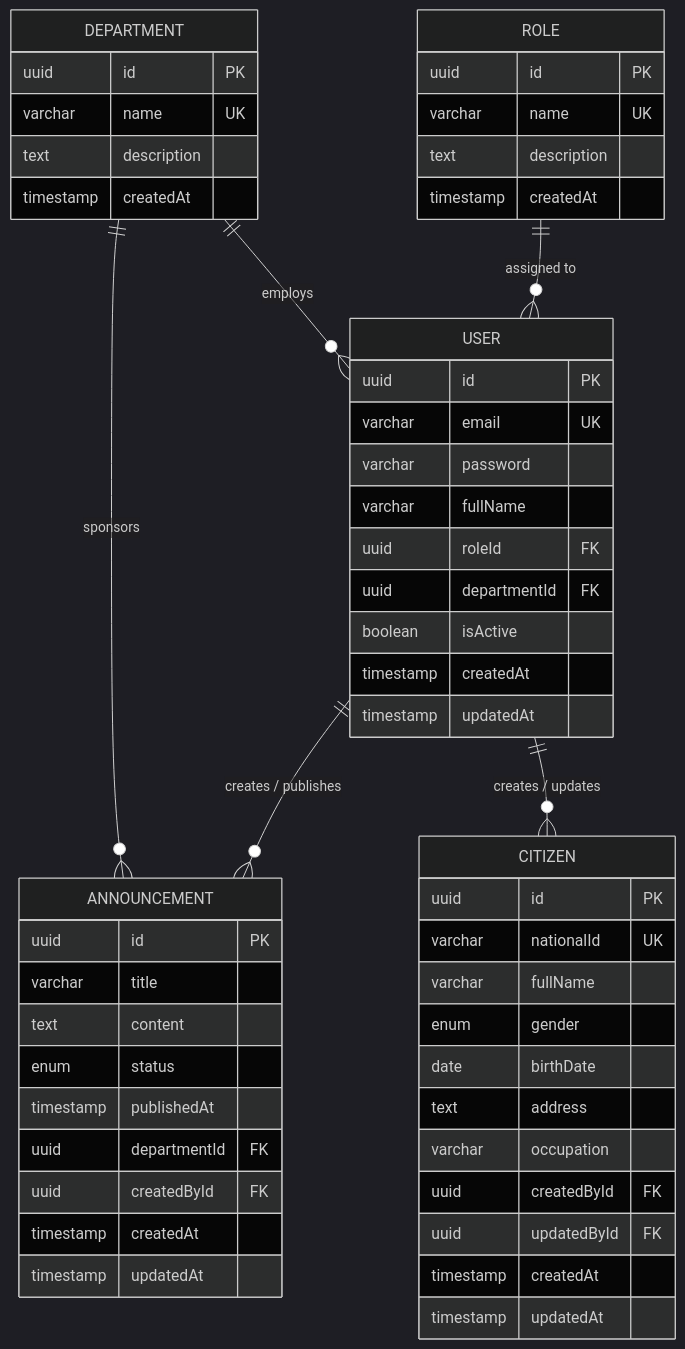
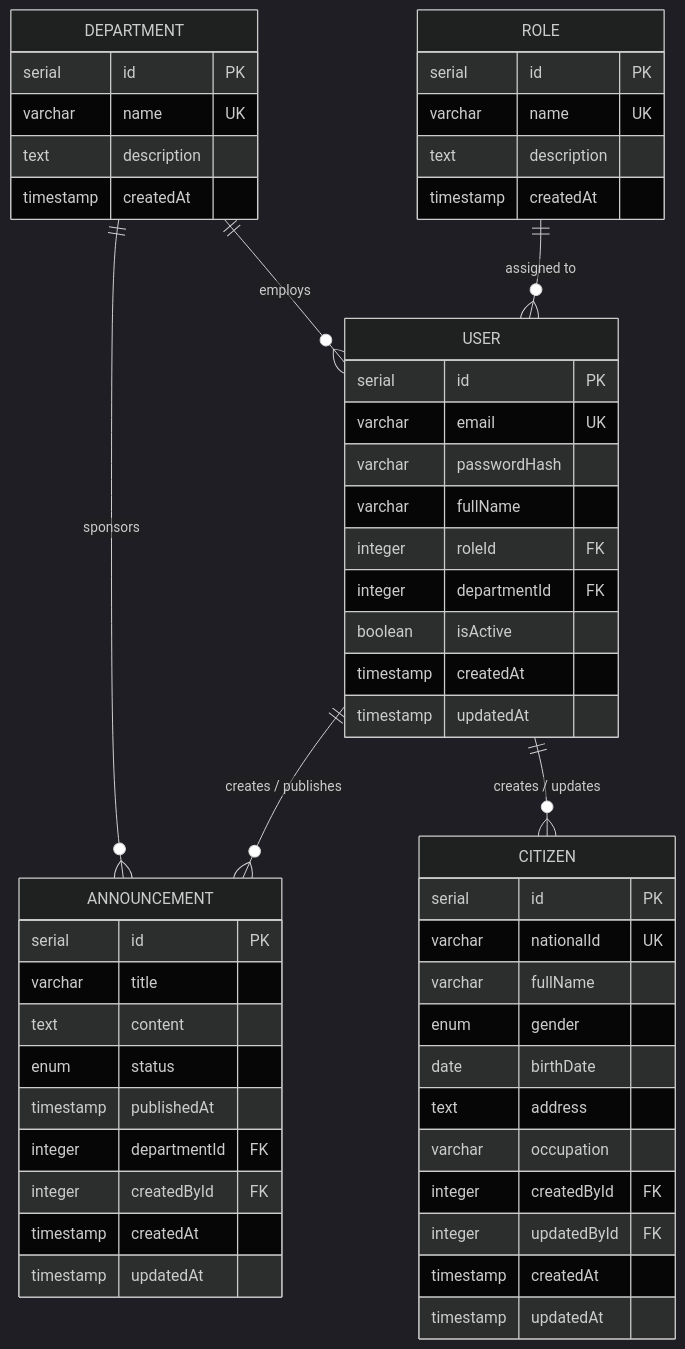
The diagram in docs/database.md (FakhriF/civic-os), drawn with Mermaid (dark theme) before and after one commit. The commit also changed other lines of this file and 11 other files, not shown here.

Commit message:
feat(db): update database schema, indexes, and soft-delete ADR

````diff
--- a/docs/database.md
+++ b/docs/database.md
@@ -11,60 +11,60 @@
 ```mermaid
 erDiagram
     ROLE ||--o{ USER : "assigned to"
     DEPARTMENT ||--o{ USER : "employs"
     USER ||--o{ ANNOUNCEMENT : "creates / publishes"
     USER ||--o{ CITIZEN : "creates / updates"
     DEPARTMENT ||--o{ ANNOUNCEMENT : "sponsors"
 
     ROLE {
-        uuid id PK
+        serial id PK
         varchar name UK
         text description
         timestamp createdAt
     }
 
     DEPARTMENT {
-        uuid id PK
+        serial id PK
         varchar name UK
         text description
         timestamp createdAt
     }
 
     USER {
-        uuid id PK
+        serial id PK
         varchar email UK
-        varchar password
+        varchar passwordHash
         varchar fullName
-        uuid roleId FK
-        uuid departmentId FK
+        integer roleId FK
+        integer departmentId FK
         boolean isActive
         timestamp createdAt
         timestamp updatedAt
     }
 
     CITIZEN {
-        uuid id PK
+        serial id PK
         varchar nationalId UK
         varchar fullName
         enum gender
         date birthDate
         text address
         varchar occupation
-        uuid createdById FK
-        uuid updatedById FK
+        integer createdById FK
+        integer updatedById FK
         timestamp createdAt
         timestamp updatedAt
     }
 
     ANNOUNCEMENT {
-        uuid id PK
+        serial id PK
         varchar title
         text content
         enum status
         timestamp publishedAt
-        uuid departmentId FK
-        uuid createdById FK
+        integer departmentId FK
+        integer createdById FK
         timestamp createdAt
         timestamp updatedAt
     }
 ```
````
